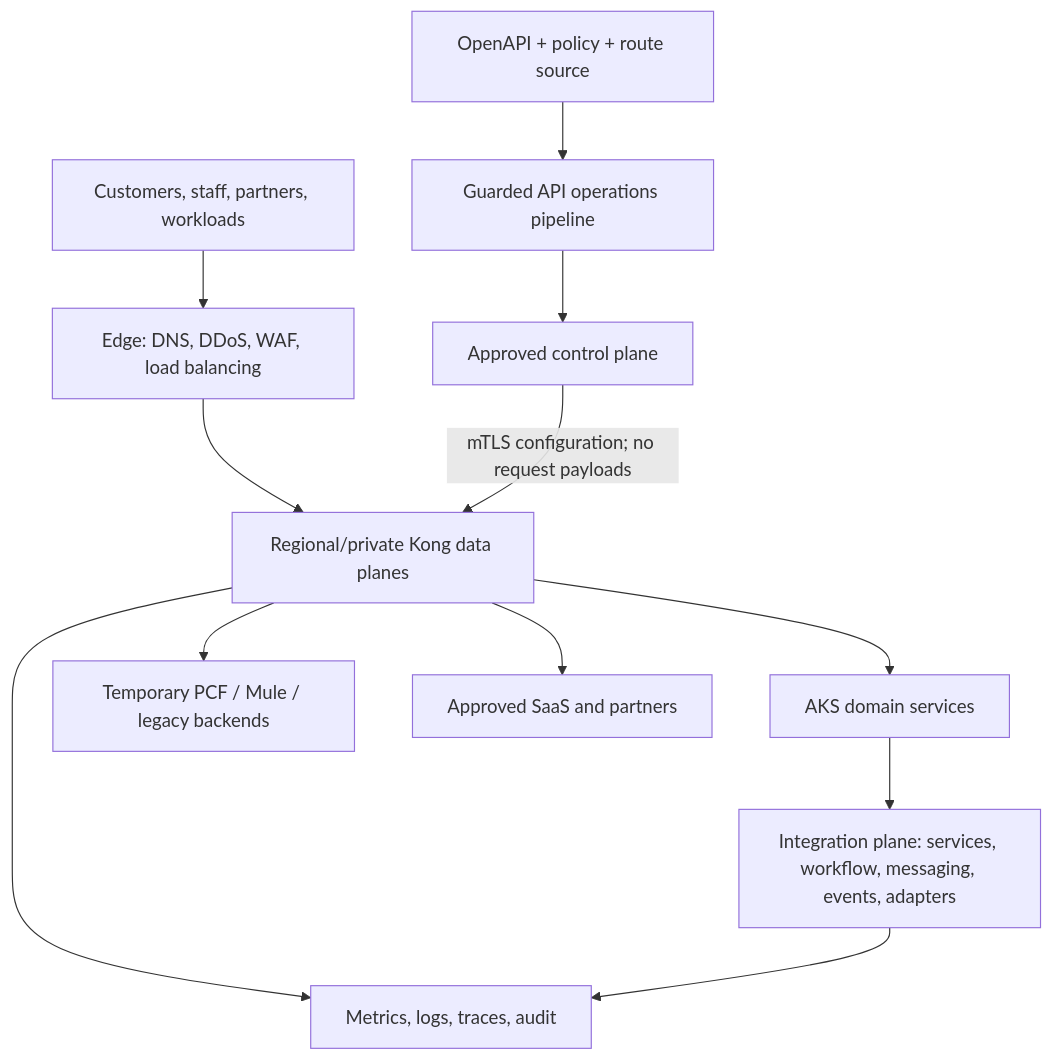
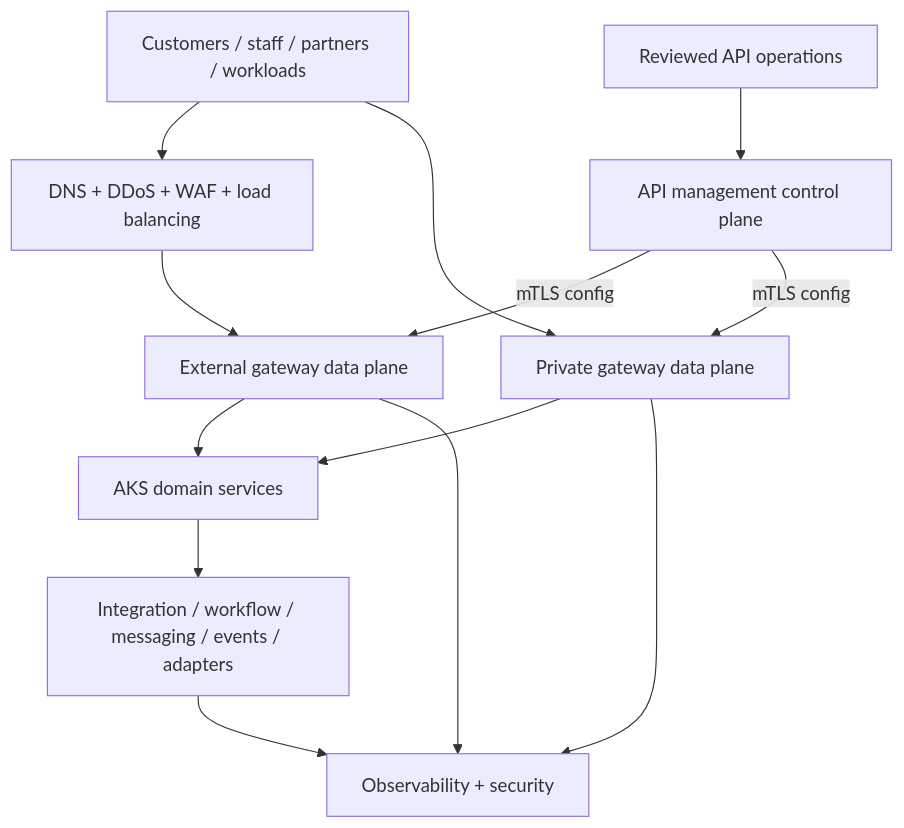
The diagram in docs/05-target-state-vision.md (tomqwu/apim), drawn with Mermaid before and after one commit. The commit also changed other lines of this file and 48 other files, not shown here.

````diff
--- a/docs/05-target-state-vision.md
+++ b/docs/05-target-state-vision.md
@@ -3,13 +6,15 @@
 ```mermaid
 flowchart TB
-  C["Customers, staff, partners, workloads"] --> E["Edge: DNS, DDoS, WAF, load balancing"]
-  E --> DP["Regional/private Kong data planes"]
-  CP["Approved control plane"] -->|"mTLS configuration; no request payloads"| DP
-  GIT["OpenAPI + policy + route source"] --> CI["Guarded API operations pipeline"] --> CP
-  DP --> AKS["AKS domain services"]
-  DP --> LEG["Temporary PCF / Mule / legacy backends"]
-  DP --> SAAS["Approved SaaS and partners"]
-  AKS --> INT["Integration plane: services, workflow, messaging, events, adapters"]
-  DP --> OBS["Metrics, logs, traces, audit"]
+  C["Customers / staff / partners / workloads"] --> E["DNS + DDoS + WAF + load balancing"]
+  E --> DPE["External gateway data plane"]
+  C --> DPI["Private gateway data plane"]
+  CP["API management control plane"] -->|"mTLS config"| DPE
+  CP -->|"mTLS config"| DPI
+  GIT["Reviewed API operations"] --> CP
+  DPE --> AKS["AKS domain services"]
+  DPI --> AKS
+  AKS --> INT["Integration / workflow / messaging / events / adapters"]
+  DPE --> OBS["Observability + security"]
+  DPI --> OBS
   INT --> OBS
 ```
````
